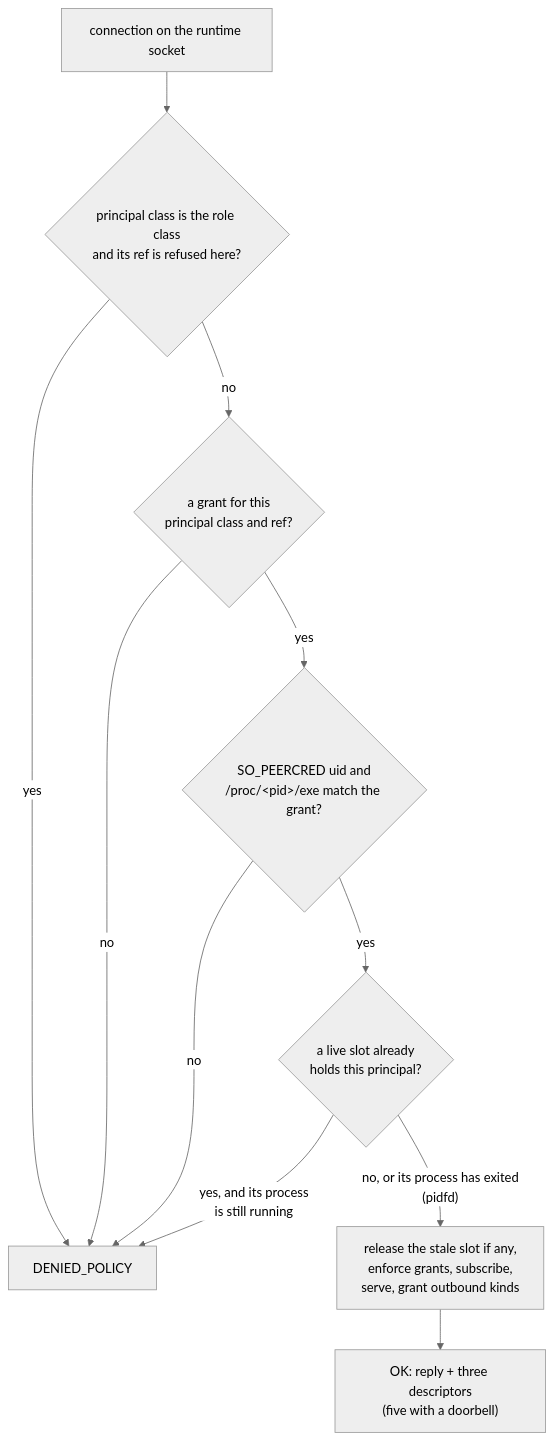
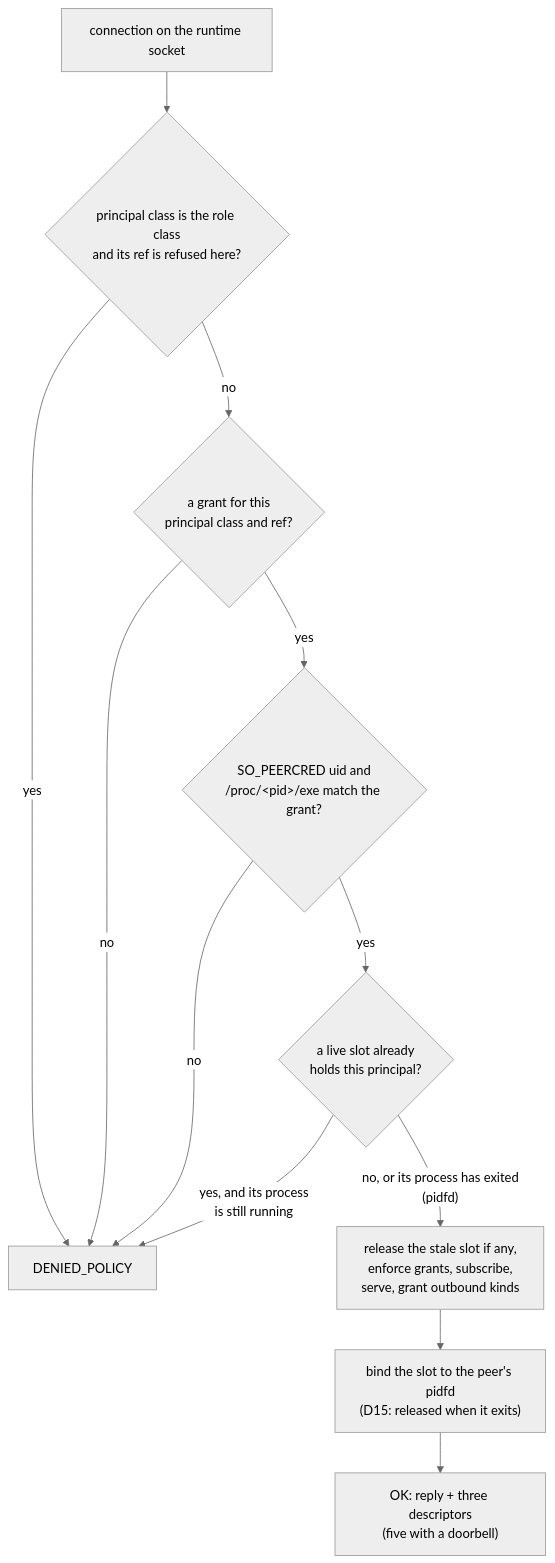
The second of 2 diagrams in docs/attach-and-admission.md (RakuenSoftware/ouroboros-ring), drawn with Mermaid (neutral theme) before and after one commit. The commit also changed other lines of this file and 32 other files, not shown here.

````diff
--- a/docs/attach-and-admission.md
+++ b/docs/attach-and-admission.md
@@ -92,13 +96,14 @@
 ```mermaid
 flowchart TB
     conn["connection on the runtime socket"] --> role{"principal class is the role class<br/>and its ref is refused here?"}
     role -- yes --> deny["DENIED_POLICY"]
     role -- no --> grant{"a grant for this<br/>principal class and ref?"}
     grant -- no --> deny
     grant -- yes --> peer{"SO_PEERCRED uid and<br/>/proc/&lt;pid&gt;/exe match the grant?"}
     peer -- no --> deny
     peer -- yes --> dup{"a live slot already<br/>holds this principal?"}
     dup -- "yes, and its process<br/>is still running" --> deny
     dup -- "no, or its process has exited<br/>(pidfd)" --> bind["release the stale slot if any,<br/>enforce grants, subscribe,<br/>serve, grant outbound kinds"]
-    bind --> ok["OK: reply + three descriptors<br/>(five with a doorbell)"]
+    bind --> live["bind the slot to the peer's pidfd<br/>(D15: released when it exits)"]
+    live --> ok["OK: reply + three descriptors<br/>(five with a doorbell)"]
 ```
````
